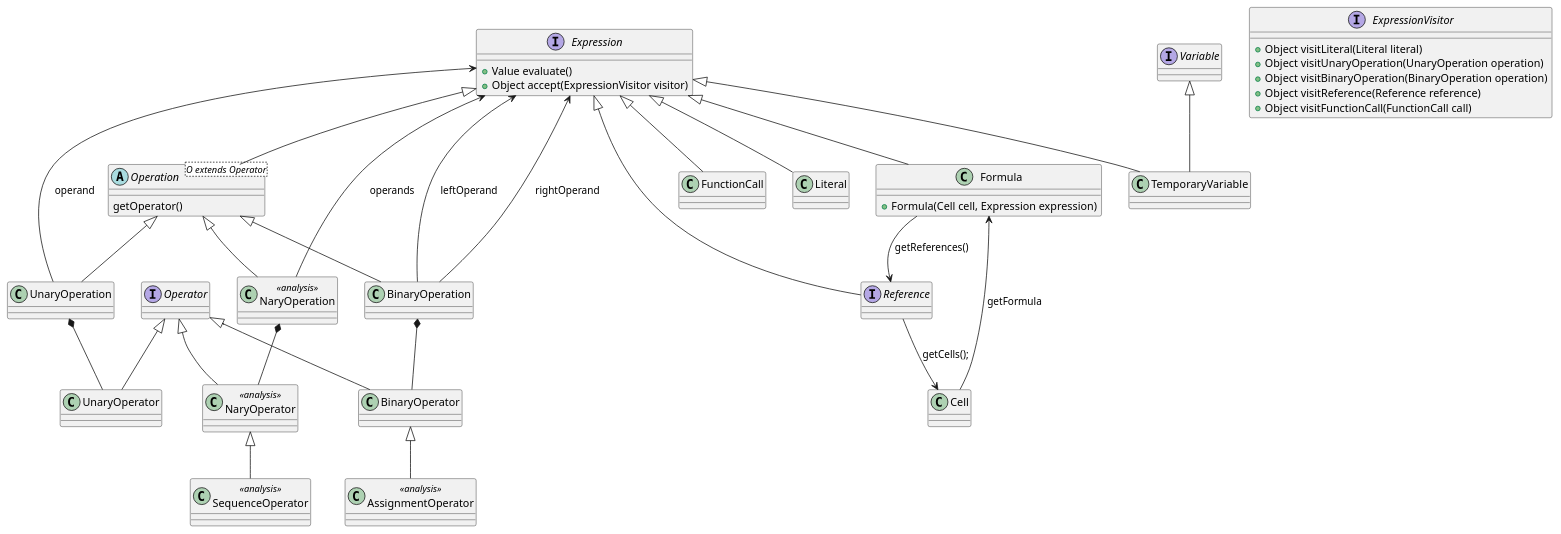
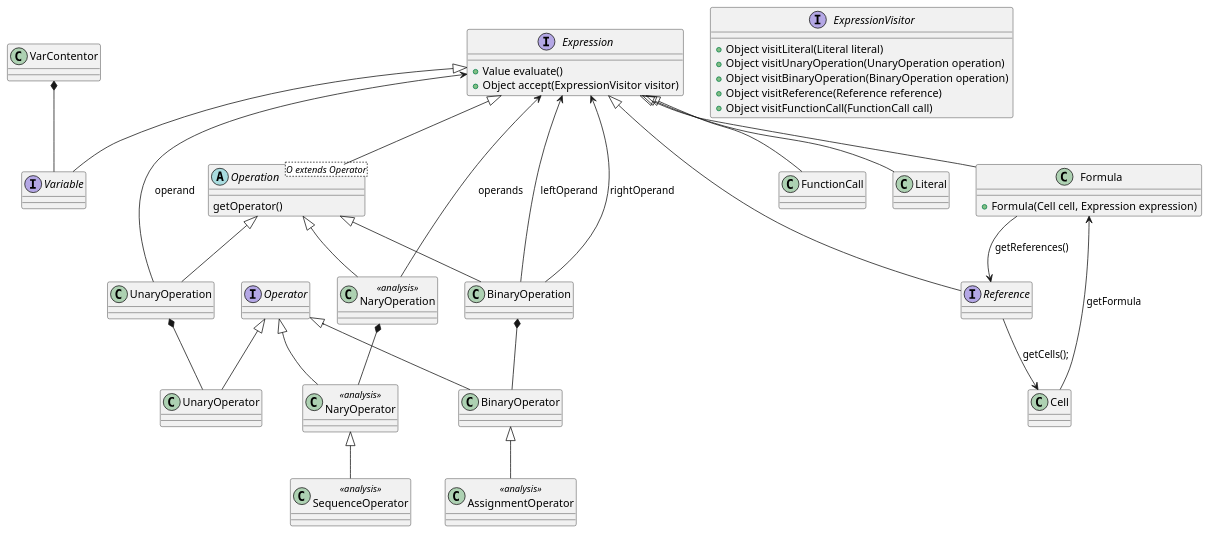
Before and after one commit to MikeTekOn/lapr4-2017-2dd: the diagram in src/main/java/lapr4/red/s2/lang/n1150623/globalVariables/domain_model_global_variables.puml, drawn with PlantUML. The commit also changed 5 other files, not shown here.

```diff
--- a/src/main/java/lapr4/red/s2/lang/n1150623/globalVariables/domain_model_global_variables.puml
+++ b/src/main/java/lapr4/red/s2/lang/n1150623/globalVariables/domain_model_global_variables.puml
@@ -1,81 +1,81 @@
 @startuml domain_model_formulas.png
 class Formula {
 	+Formula(Cell cell, Expression expression) 
 }
 interface Expression {
 	+Value evaluate()
 	+Object accept(ExpressionVisitor visitor)
 }
 interface Reference {
 }
 interface Operator {
 }
 
 interface Variable{
 }
 
 
 class UnaryOperator {
 }
 class BinaryOperator {
 }
 class NaryOperator <<analysis>> {
 }
 class SequenceOperator <<analysis>> {
 }
 class AssignmentOperator <<analysis>> {
 }
 abstract class Operation <O extends Operator> {
     getOperator() 
 }
 class UnaryOperation {
 }
 class BinaryOperation {
 }
 class NaryOperation <<analysis>> {
 }
 class FunctionCall {
 }
 class Literal {
 }
 interface ExpressionVisitor {
 	+Object visitLiteral(Literal literal)
 	+Object visitUnaryOperation(UnaryOperation operation)
 	+Object visitBinaryOperation(BinaryOperation operation)
 	+Object visitReference(Reference reference)
 	+Object visitFunctionCall(FunctionCall call)
 }
 Expression <|-- Formula
 Expression <|-- Reference
 Expression <|-- Operation
 Expression <|-- FunctionCall
 Expression <|-- Literal
-Expression <|-- TemporaryVariable
+Expression <|-- Variable
 
 Operation <|-- UnaryOperation
 Operation <|-- BinaryOperation
 Operation <|-- NaryOperation
 
 Formula --> Reference : getReferences()
 Reference --> Cell : getCells();
 Cell --> Formula : getFormula
 UnaryOperation --> Expression : operand
 BinaryOperation --> Expression : leftOperand
 BinaryOperation --> Expression : rightOperand
 NaryOperation --> Expression : operands
 
 Operator <|-- UnaryOperator
 Operator <|-- BinaryOperator
 Operator <|-- NaryOperator
 
-Variable <|-- TemporaryVariable
+VarContentor *-- Variable
 
 UnaryOperation *-- UnaryOperator
 BinaryOperation *-- BinaryOperator
 NaryOperation *-- NaryOperator
 
 NaryOperator <|-- SequenceOperator
 BinaryOperator <|-- AssignmentOperator
 
 
   @enduml
```
